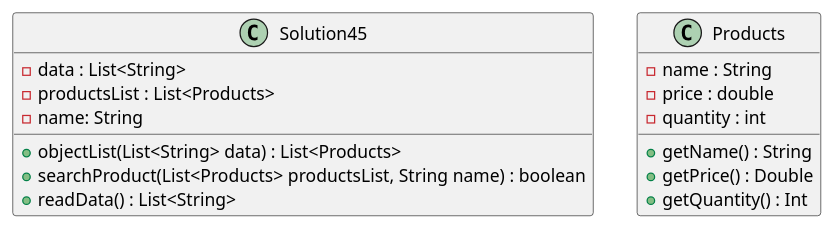
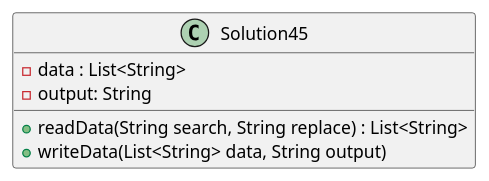
The diagram in exercise45/docs/Solution45UML.puml (breemars/marsiano-a04), drawn with PlantUML before and after one commit. The commit also changed 8 other files, not shown here.

```diff
--- a/exercise45/docs/Solution45UML.puml
+++ b/exercise45/docs/Solution45UML.puml
@@ -1,27 +1,14 @@
 @startuml
 
 class Solution45{
 'attributes
     - data : List<String>
-    - productsList : List<Products>
-    - name: String
+    - output: String
 
 'methods
-    +objectList(List<String> data) : List<Products>
-    +searchProduct(List<Products> productsList, String name) : boolean
-    +readData() : List<String>
+    +readData(String search, String replace) : List<String>
+    +writeData(List<String> data, String output)
 }
 
-class Products{
-'attributes
-    - name : String
-    - price : double
-    - quantity : int
-
-'methods
-    +getName() : String
-    +getPrice() : Double
-    +getQuantity() : Int
-}
 
 @enduml
```
